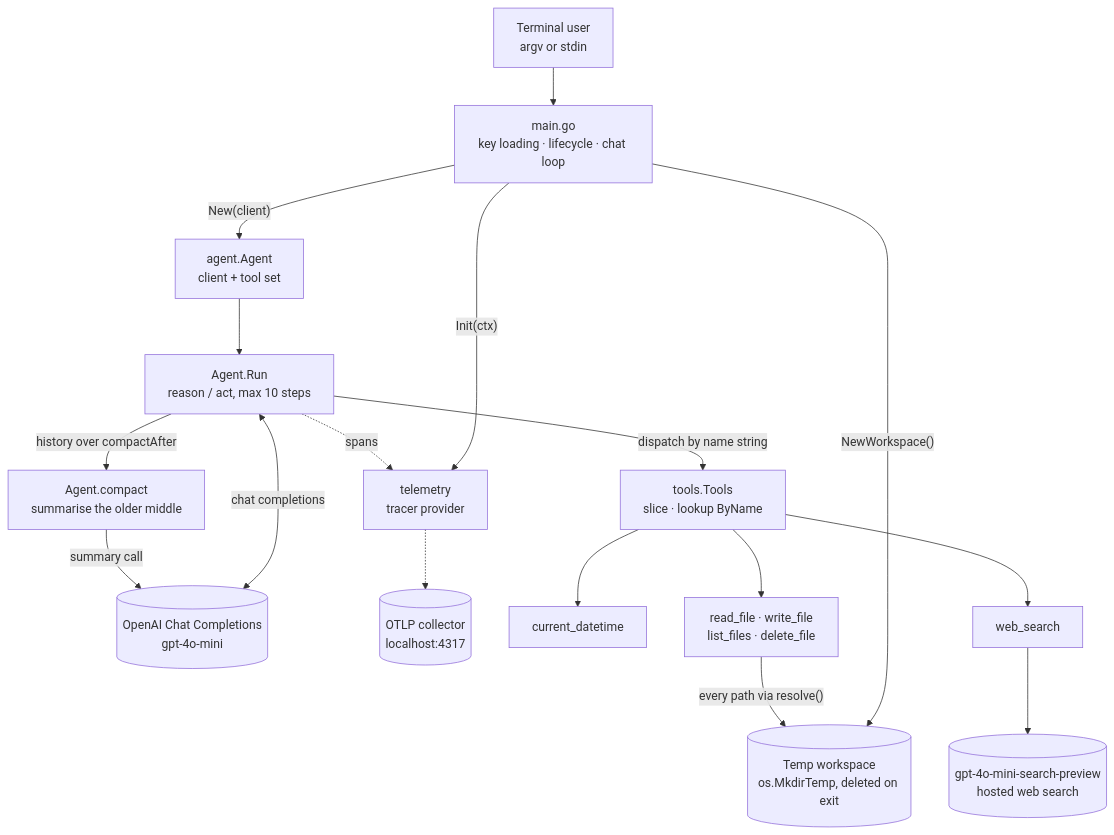
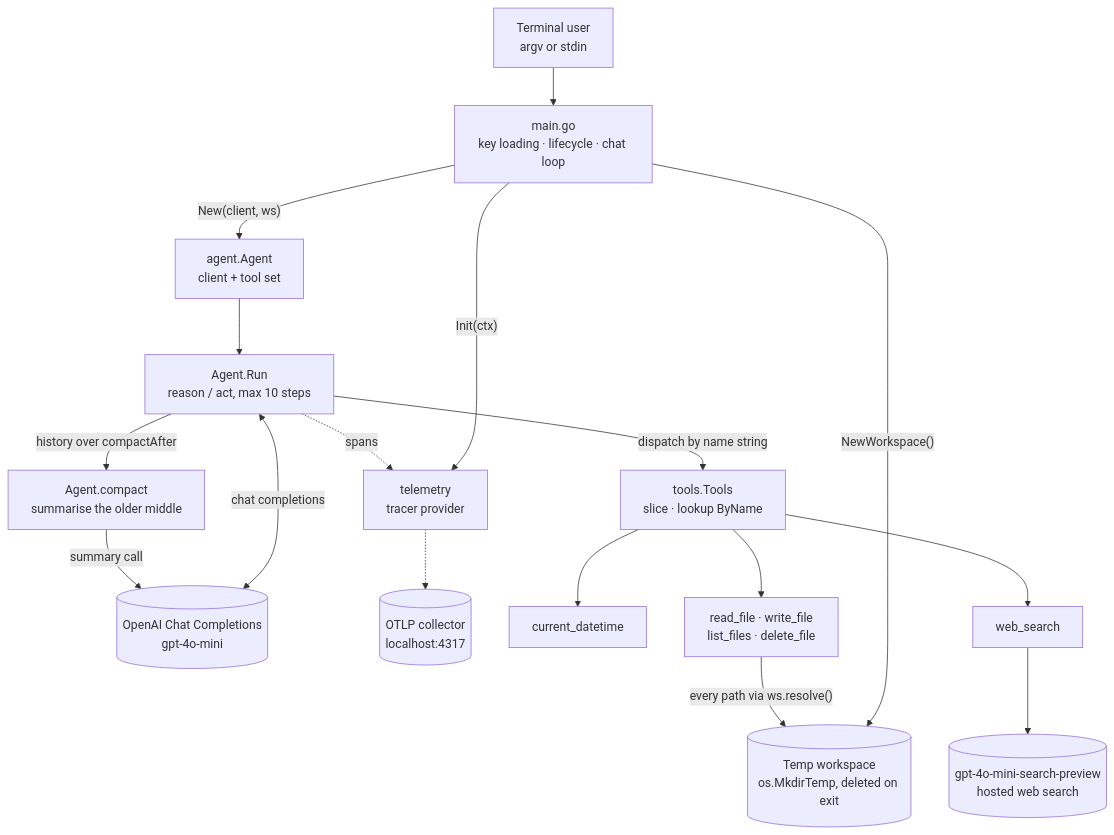
Before and after one commit to campoy/gai: the first of 5 diagrams in ARCHITECTURE.md, drawn with Mermaid. The commit also changed other lines of this file and 11 other files, not shown here.

````diff
--- a/ARCHITECTURE.md
+++ b/ARCHITECTURE.md
@@ -20,30 +20,30 @@
 ```mermaid
 flowchart TD
   user["Terminal user<br/>argv or stdin"]
   main["main.go<br/>key loading · lifecycle · chat loop"]
   ws[("Temp workspace<br/>os.MkdirTemp, deleted on exit")]
   tel["telemetry<br/>tracer provider"]
   ag["agent.Agent<br/>client + tool set"]
   loop["Agent.Run<br/>reason / act, max 10 steps"]
   reg["tools.Tools<br/>slice · lookup ByName"]
   api[("OpenAI Chat Completions<br/>gpt-4o-mini")]
   search[("gpt-4o-mini-search-preview<br/>hosted web search")]
   coll[("OTLP collector<br/>localhost:4317")]
 
   user --> main
   main -->|"NewWorkspace()"| ws
   main -->|"Init(ctx)"| tel
-  main -->|"New(client)"| ag
+  main -->|"New(client, ws)"| ag
   ag --> loop
   loop <-->|"chat completions"| api
   loop -->|"history over compactAfter"| comp["Agent.compact<br/>summarise the older middle"]
   comp -->|"summary call"| api
   loop -->|"dispatch by name string"| reg
   reg --> dt["current_datetime"]
   reg --> files["read_file · write_file<br/>list_files · delete_file"]
   reg --> web["web_search"]
-  files -->|"every path via resolve()"| ws
+  files -->|"every path via ws.resolve()"| ws
   web --> search
   loop -.->|"spans"| tel
   tel -.-> coll
 ```
````
